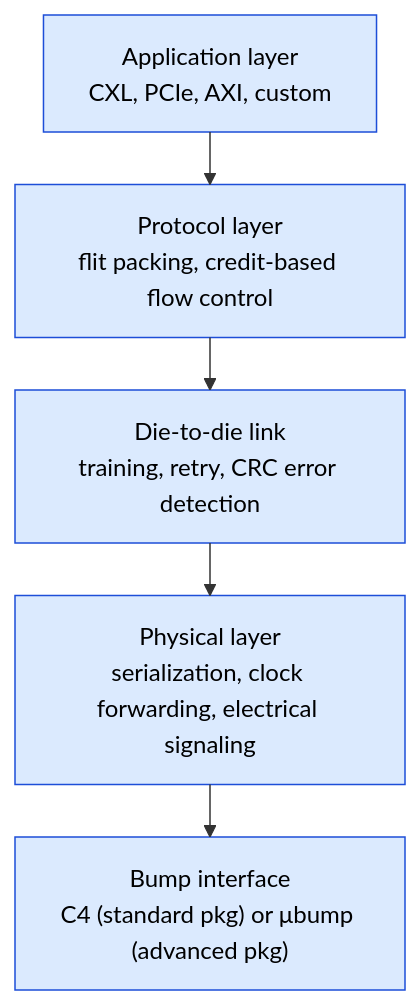
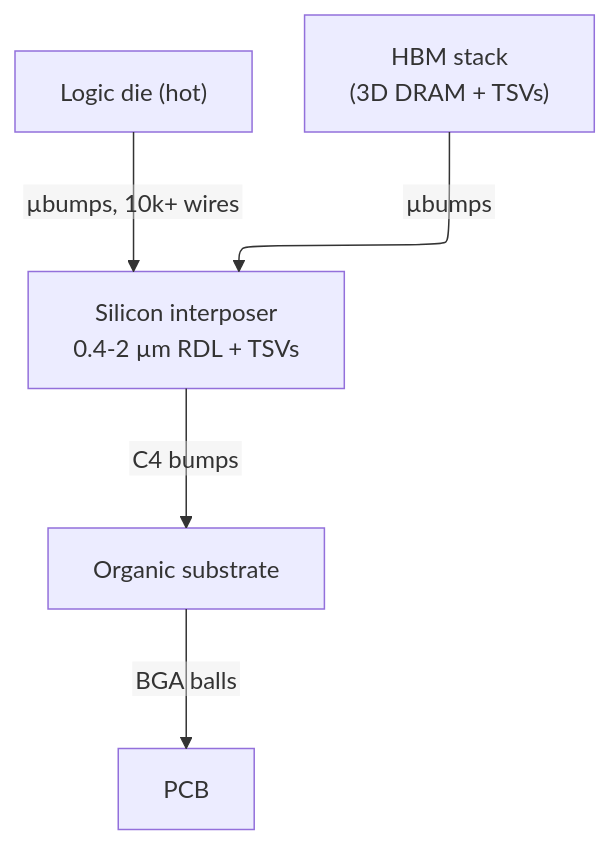
The diagram in 07_Manufacturing_and_Bringup/02_IC_Packaging.md (Wty2003328/silicon-design-notebook), drawn with Mermaid before and after one commit. The commit also changed other lines of this file and 22 other files, not shown here.

Commit message:
Concept-first hard rework complete: all 48 architecture/design pages (trimmed signal dumps; added trade-off analysis + theoretical depth)

````diff
--- a/07_Manufacturing_and_Bringup/02_IC_Packaging.md
+++ b/07_Manufacturing_and_Bringup/02_IC_Packaging.md
@@ -572,10 +202,8 @@
 ```mermaid
-%%{init: {"flowchart": {"defaultRenderer": "elk", "nodeSpacing": 60, "rankSpacing": 60, "htmlLabels": false}}}%%
-flowchart TD
-    A["Application layer<br/>CXL, PCIe, AXI, custom"] --> P["Protocol layer<br/>flit packing, credit-based flow control"]
-    P --> L["Die-to-die link<br/>training, retry, CRC error detection"]
-    L --> PHY["Physical layer<br/>serialization, clock forwarding, electrical signaling"]
-    PHY --> B["Bump interface<br/>C4 (standard pkg) or μbump (advanced pkg)"]
-    classDef s fill:#dbeafe,stroke:#1d4ed8,color:#000
-    class A,P,L,PHY,B s
+%%{init: {"flowchart": {"defaultRenderer": "elk", "nodeSpacing": 55, "rankSpacing": 45, "htmlLabels": false}}}%%
+flowchart TB
+    L["Logic die (hot)"] -->|"µbumps, 10k+ wires"| INT["Silicon interposer<br/>0.4-2 µm RDL + TSVs"]
+    H["HBM stack<br/>(3D DRAM + TSVs)"] -->|"µbumps"| INT
+    INT -->|"C4 bumps"| SUB["Organic substrate"]
+    SUB -->|"BGA balls"| PCB["PCB"]
 ```
````
